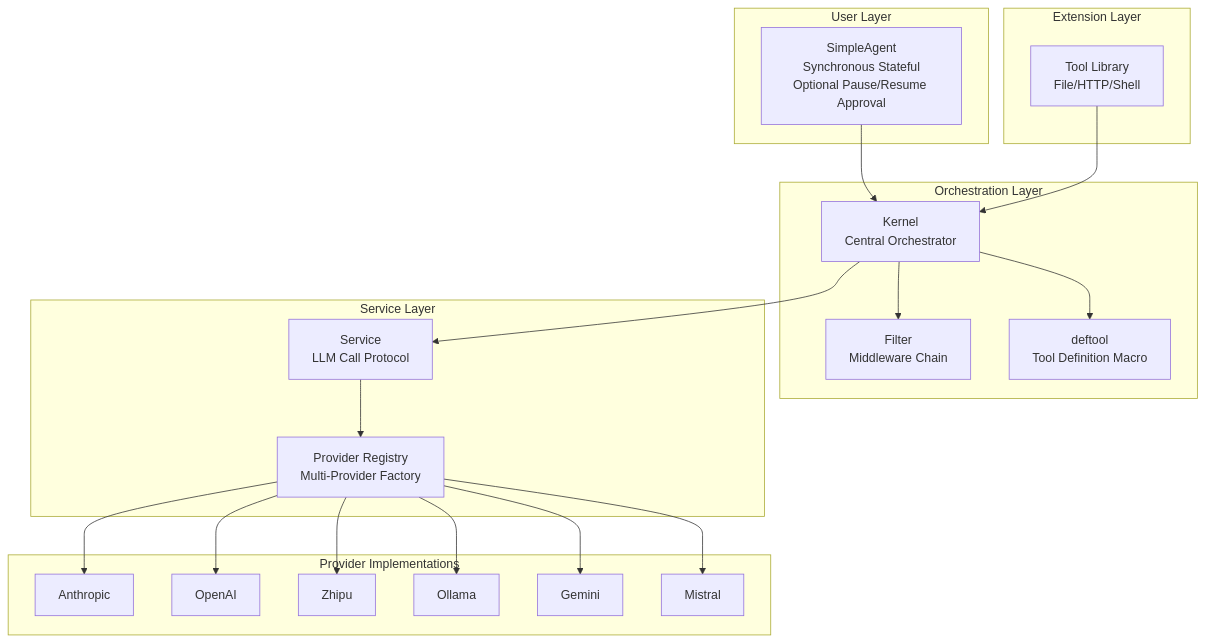
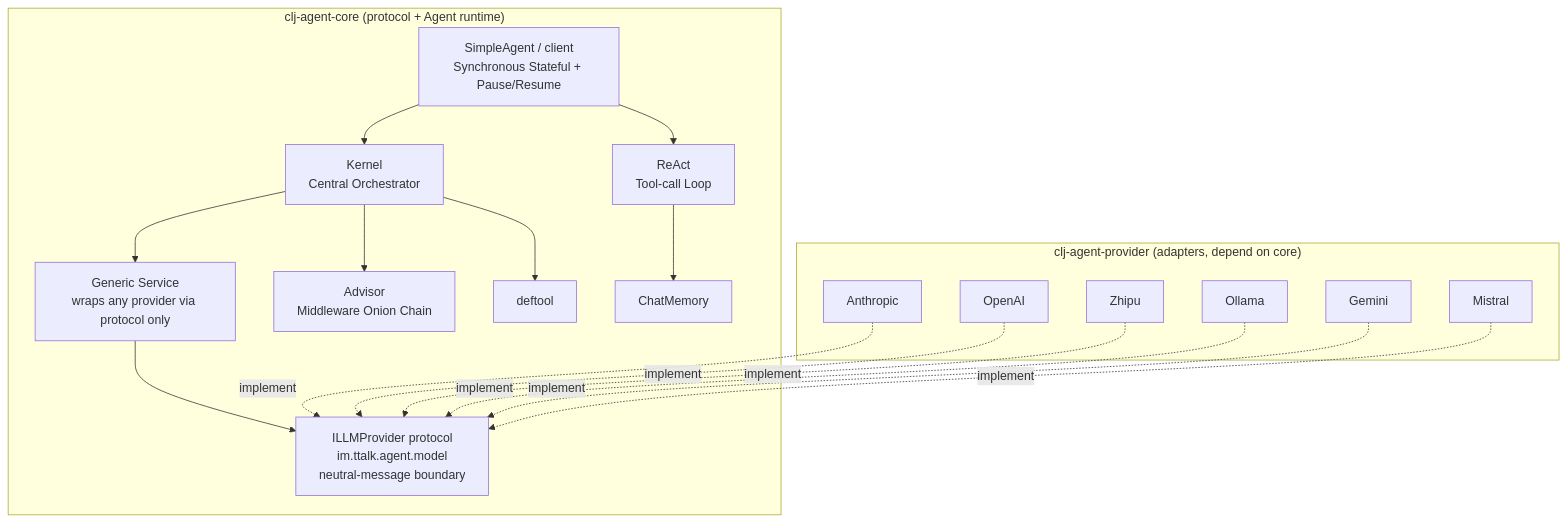
One commit to TTalkPro/clj-agent changed the first of 2 diagrams in README_EN.md. Above: the diagram before and after it, drawn with Mermaid. The commit also changed other lines of this file and 12 other files, not shown here.

````diff
--- a/README_EN.md
+++ b/README_EN.md
@@ -21,38 +23,31 @@
 ```mermaid
 graph TB
-    subgraph "User Layer"
-        SA[SimpleAgent<br/>Synchronous Stateful<br/>Optional Pause/Resume Approval]
+    subgraph "clj-agent-core (protocol + Agent runtime)"
+        PROTO[ILLMProvider protocol<br/>im.ttalk.agent.model<br/>neutral-message boundary]
+        SV[Generic Service<br/>wraps any provider via protocol only]
+        SA[SimpleAgent / client<br/>Synchronous Stateful + Pause/Resume]
+        K[Kernel<br/>Central Orchestrator]
+        RE[ReAct<br/>Tool-call Loop]
+        AD[Advisor<br/>Middleware Onion Chain]
+        T[deftool]
+        ME[ChatMemory]
     end
 
-    subgraph "Orchestration Layer"
-        K[Kernel<br/>Central Orchestrator]
-        F[Filter<br/>Middleware Chain]
-        T[deftool<br/>Tool Definition Macro]
-    end
-
-    subgraph "Service Layer"
-        S[Service<br/>LLM Call Protocol]
-        PR[Provider Registry<br/>Multi-Provider Factory]
-    end
-
-    subgraph "Provider Implementations"
+    subgraph "clj-agent-provider (adapters, depend on core)"
         AN[Anthropic]
         OA[OpenAI]
         ZP[Zhipu]
         OL[Ollama]
         GM[Gemini]
         MS[Mistral]
     end
 
-    subgraph "Extension Layer"
-        PLG[Tool Library<br/>File/HTTP/Shell]
-    end
-
     SA --> K
+    SA --> RE
     K --> T
-    K --> F
-    K --> S
-    S --> PR
-    PR --> AN & OA & ZP & OL & GM & MS
-    PLG --> K
+    K --> AD
+    K --> SV
+    RE --> ME
+    SV --> PROTO
+    AN & OA & ZP & OL & GM & MS -. implement .-> PROTO
 ```
````
